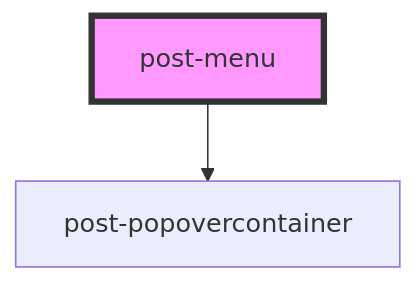
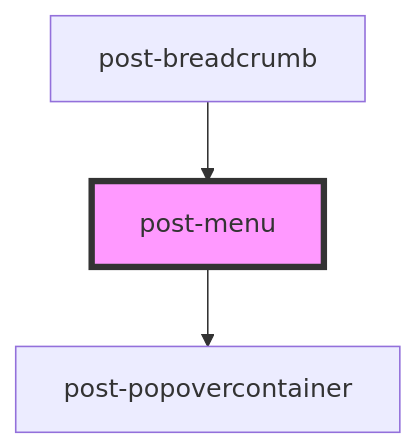
Before and after one commit to swisspost/design-system: the diagram in packages/components/src/components/post-menu/readme.md, drawn with Mermaid. The commit also changed other lines of this file and 4 other files, not shown here.

````diff
--- a/packages/components/src/components/post-menu/readme.md
+++ b/packages/components/src/components/post-menu/readme.md
@@ -74,5 +78,6 @@
 ```mermaid
 graph TD;
   post-menu --> post-popovercontainer
+  post-breadcrumb --> post-menu
   style post-menu fill:#f9f,stroke:#333,stroke-width:4px
 ```
````
